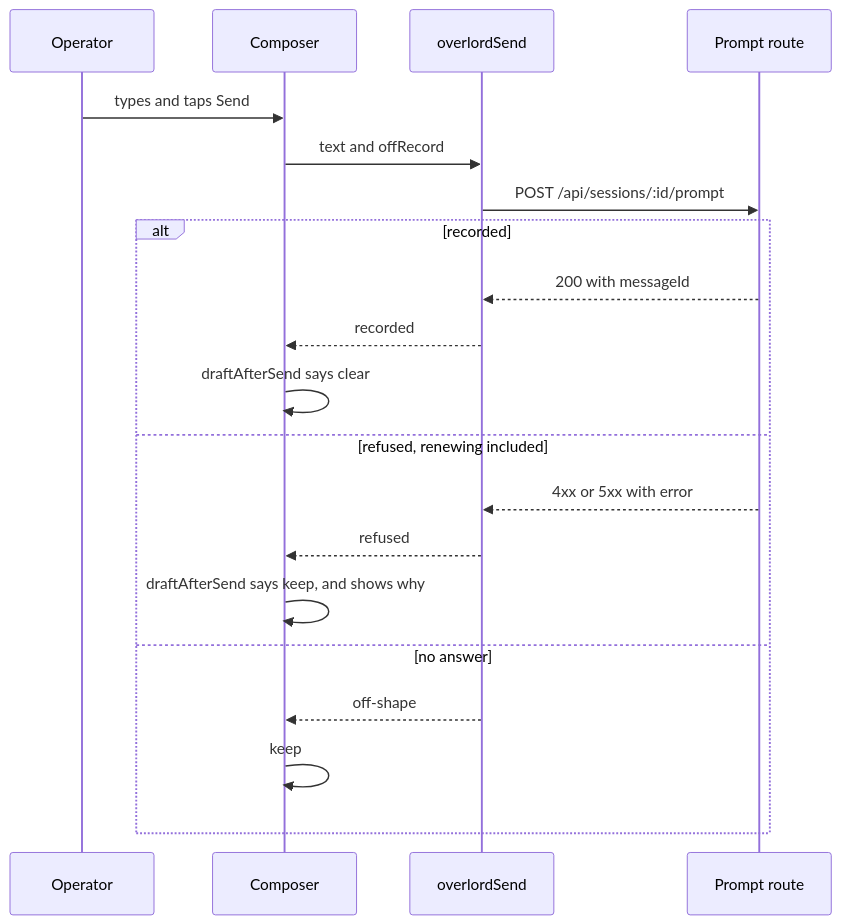
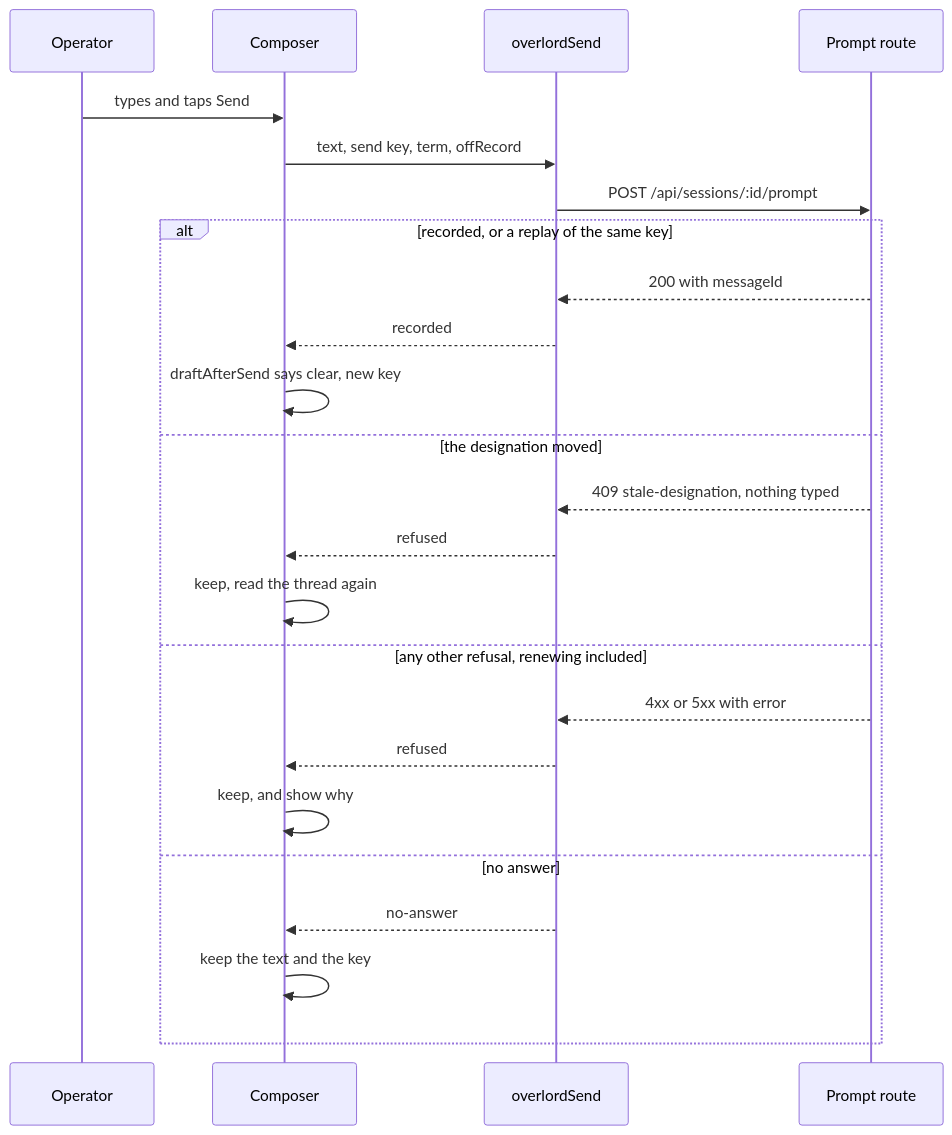
The second of 2 diagrams in docs/superpowers/plans/2026-11-14-overlord-w1/w1-chat.md (Synapsium-Labs/ccrc-pwa), drawn with Mermaid before and after one commit. The commit also changed other lines of this file and 1 other file, not shown here.

````diff
--- a/docs/superpowers/plans/2026-11-14-overlord-w1/w1-chat.md
+++ b/docs/superpowers/plans/2026-11-14-overlord-w1/w1-chat.md
@@ -700,22 +851,26 @@
 ```mermaid
 sequenceDiagram
   participant O as Operator
   participant C as Composer
   participant A as overlordSend
   participant R as Prompt route
   O->>C: types and taps Send
-  C->>A: text and offRecord
+  C->>A: text, send key, term, offRecord
   A->>R: POST /api/sessions/:id/prompt
-  alt recorded
+  alt recorded, or a replay of the same key
     R-->>A: 200 with messageId
     A-->>C: recorded
-    C->>C: draftAfterSend says clear
-  else refused, renewing included
+    C->>C: draftAfterSend says clear, new key
+  else the designation moved
+    R-->>A: 409 stale-designation, nothing typed
+    A-->>C: refused
+    C->>C: keep, read the thread again
+  else any other refusal, renewing included
     R-->>A: 4xx or 5xx with error
     A-->>C: refused
-    C->>C: draftAfterSend says keep, and shows why
+    C->>C: keep, and show why
   else no answer
-    A-->>C: off-shape
-    C->>C: keep
+    A-->>C: no-answer
+    C->>C: keep the text and the key
   end
 ```
````
